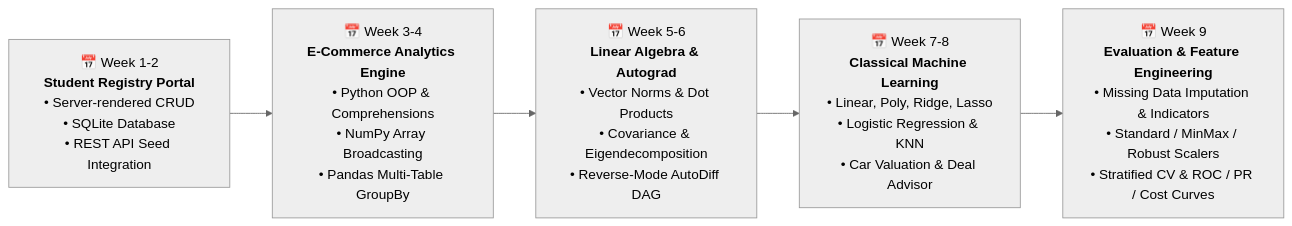
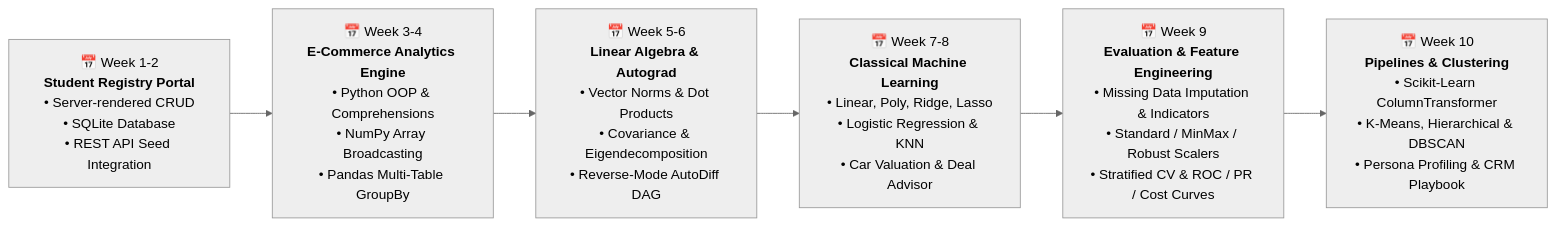
Before and after one commit to dhanish0711/Hack-o-Week-Odd-Semester-Session-2026-2027: the diagram in README.md, drawn with Mermaid (neutral theme). The commit also changed other lines of this file, not shown here.

Commit message:
docs: update root repository roadmap and project index with Week 10

````diff
--- a/README.md
+++ b/README.md
@@ -25,8 +25,9 @@
 ```mermaid
 flowchart LR
     W1["📅 Week 1-2<br><b>Student Registry Portal</b><br>• Server-rendered CRUD<br>• SQLite Database<br>• REST API Seed Integration"]
     --> W3["📅 Week 3-4<br><b>E-Commerce Analytics Engine</b><br>• Python OOP & Comprehensions<br>• NumPy Array Broadcasting<br>• Pandas Multi-Table GroupBy"]
     --> W5["📅 Week 5-6<br><b>Linear Algebra & Autograd</b><br>• Vector Norms & Dot Products<br>• Covariance & Eigendecomposition<br>• Reverse-Mode AutoDiff DAG"]
     --> W7["📅 Week 7-8<br><b>Classical Machine Learning</b><br>• Linear, Poly, Ridge, Lasso<br>• Logistic Regression & KNN<br>• Car Valuation & Deal Advisor"]
     --> W9["📅 Week 9<br><b>Evaluation & Feature Engineering</b><br>• Missing Data Imputation & Indicators<br>• Standard / MinMax / Robust Scalers<br>• Stratified CV & ROC / PR / Cost Curves"]
+    --> W10["📅 Week 10<br><b>Pipelines & Clustering</b><br>• Scikit-Learn ColumnTransformer<br>• K-Means, Hierarchical & DBSCAN<br>• Persona Profiling & CRM Playbook"]
 ```
````
